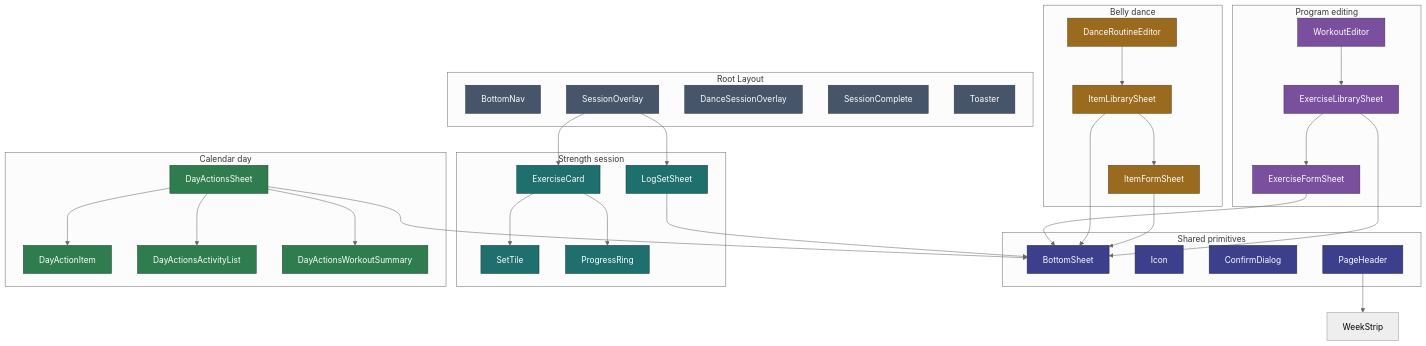
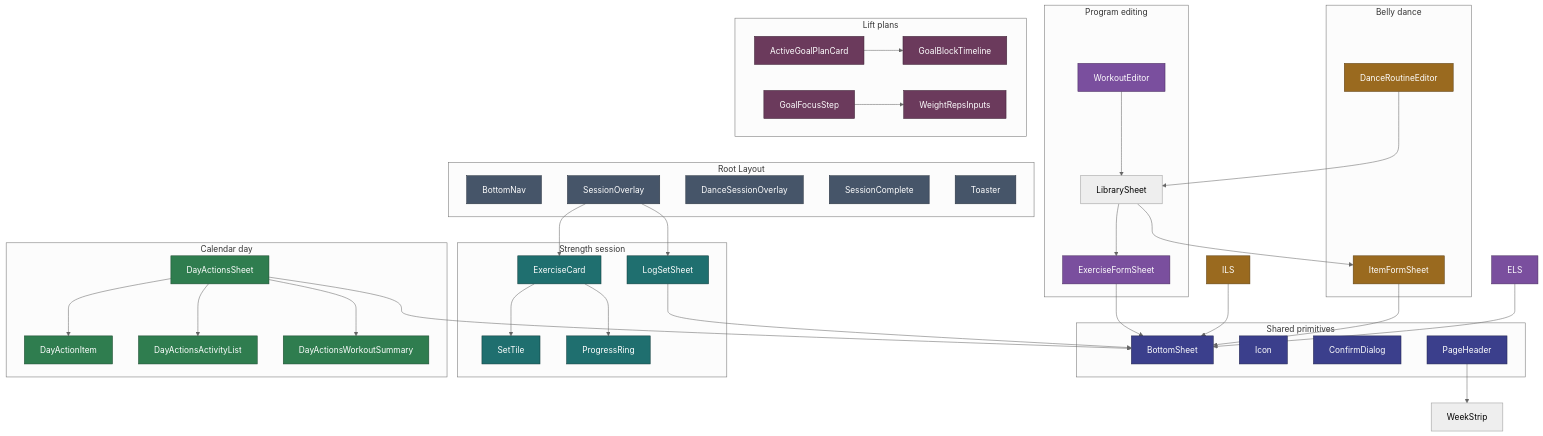
Before and after one commit to jermbo/CosmicWorkOut: the diagram in docs/implementation/components.md, drawn with Mermaid (neutral theme). The commit also changed other lines of this file and 229 other files, not shown here.

````diff
--- a/docs/implementation/components.md
+++ b/docs/implementation/components.md
@@ -164,64 +211,74 @@
 ```mermaid
 flowchart TB
     subgraph layout ["Root Layout"]
         BN[BottomNav]
         SO[SessionOverlay]
         DSO[DanceSessionOverlay]
         SC[SessionComplete]
         TO[Toaster]
     end
 
     subgraph shared ["Shared primitives"]
         BS[BottomSheet]
         IC[Icon]
         CD[ConfirmDialog]
         PH[PageHeader]
     end
 
     subgraph strength ["Strength session"]
         EC[ExerciseCard]
         ST[SetTile]
         LS[LogSetSheet]
         PR[ProgressRing]
     end
 
     subgraph editor ["Program editing"]
         WE[WorkoutEditor]
-        ELS[ExerciseLibrarySheet]
+        LIB[LibrarySheet]
         EFS[ExerciseFormSheet]
     end
 
     subgraph dance ["Belly dance"]
         DRE[DanceRoutineEditor]
-        ILS[ItemLibrarySheet]
         IFS[ItemFormSheet]
+    end
+
+    subgraph goals ["Lift plans"]
+        AGPC[ActiveGoalPlanCard]
+        GBT[GoalBlockTimeline]
+        GFS[GoalFocusStep]
+        WRI[WeightRepsInputs]
     end
 
     subgraph dayactions ["Calendar day"]
         DAS[DayActionsSheet]
         DAI[DayActionItem]
         DAAL[DayActionsActivityList]
         DAWS[DayActionsWorkoutSummary]
     end
 
     SO --> EC --> PR & ST
     SO --> LS
-    WE --> ELS --> EFS
-    DRE --> ILS --> IFS
+    WE --> LIB --> EFS
+    DRE --> LIB --> IFS
+    AGPC --> GBT
+    GFS --> WRI
     DAS --> DAI & DAAL & DAWS
     PH --> WeekStrip
     LS & EFS & ILS & IFS & ELS & DAS --> BS
 
     classDef layout fill:#465569,stroke:#28313e,color:#ffffff;
     classDef shared fill:#3b3f8c,stroke:#23264f,color:#ffffff;
     classDef strength fill:#1f6f6f,stroke:#0f3a3a,color:#ffffff;
     classDef editor fill:#7a4f9e,stroke:#46295c,color:#ffffff;
     classDef dance fill:#9a6a1f,stroke:#5c3f12,color:#ffffff;
+    classDef goals fill:#6b3a5c,stroke:#3d2235,color:#ffffff;
     classDef day fill:#2f7d4f,stroke:#1a472d,color:#ffffff;
     class BN,SO,DSO,SC,TO layout;
     class BS,IC,CD,PH shared;
     class EC,ST,LS,PR strength;
     class WE,ELS,EFS editor;
     class DRE,ILS,IFS dance;
+    class AGPC,GBT,GFS,WRI goals;
     class DAS,DAI,DAAL,DAWS day;
 ```
````
